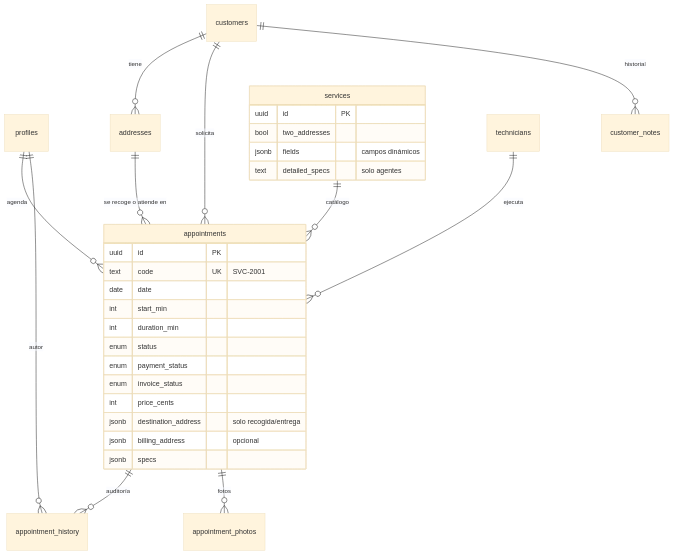
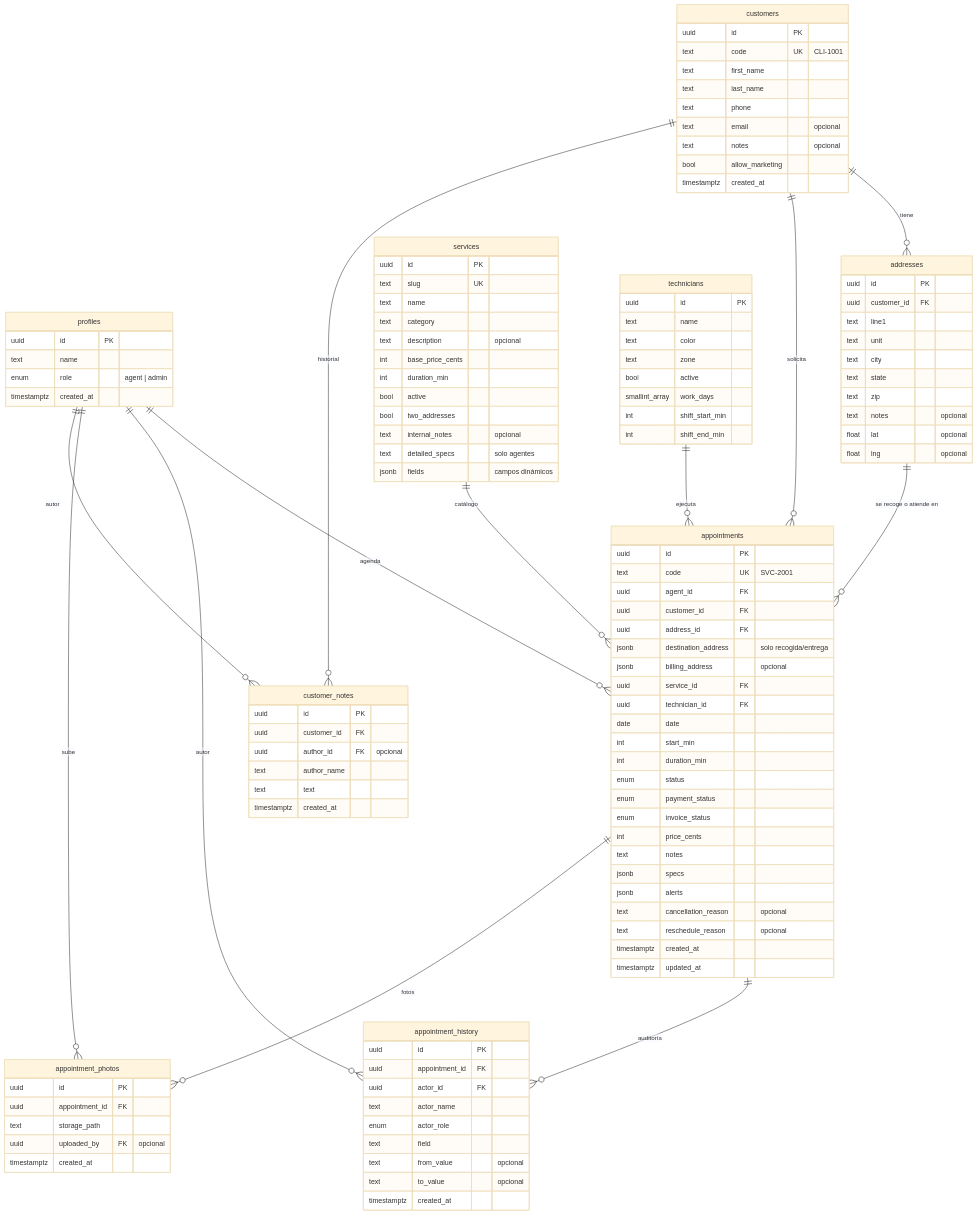
The third of 5 diagrams in docs/architecture.md (David77R/expert-cleaners), drawn with Mermaid (base theme) before and after one commit. The commit also changed other lines of this file, not shown here.

Commit message:
docs: complete ER diagram with all table attributes

````diff
--- a/docs/architecture.md
+++ b/docs/architecture.md
@@ -39,10 +39,80 @@
   appointments ||--o{ appointment_history : "auditoría"
   appointments ||--o{ appointment_photos : "fotos"
   profiles ||--o{ appointment_history : "autor"
+  profiles ||--o{ appointment_photos : "sube"
+  profiles ||--o{ customer_notes : "autor"
 
+  profiles {
+    uuid id PK
+    text name
+    enum role "agent | admin"
+    timestamptz created_at
+  }
+  customers {
+    uuid id PK
+    text code UK "CLI-1001"
+    text first_name
+    text last_name
+    text phone
+    text email "opcional"
+    text notes "opcional"
+    bool allow_marketing
+    timestamptz created_at
+  }
+  addresses {
+    uuid id PK
+    uuid customer_id FK
+    text line1
+    text unit
+    text city
+    text state
+    text zip
+    text notes "opcional"
+    float lat "opcional"
+    float lng "opcional"
+  }
+  customer_notes {
+    uuid id PK
+    uuid customer_id FK
+    uuid author_id FK "opcional"
+    text author_name
+    text text
+    timestamptz created_at
+  }
+  services {
+    uuid id PK
+    text slug UK
+    text name
+    text category
+    text description "opcional"
+    int base_price_cents
+    int duration_min
+    bool active
+    bool two_addresses
+    text internal_notes "opcional"
+    text detailed_specs "solo agentes"
+    jsonb fields "campos dinámicos"
+  }
+  technicians {
+    uuid id PK
+    text name
+    text color
+    text zone
+    bool active
+    smallint_array work_days
+    int shift_start_min
+    int shift_end_min
+  }
   appointments {
     uuid id PK
     text code UK "SVC-2001"
+    uuid agent_id FK
+    uuid customer_id FK
+    uuid address_id FK
+    jsonb destination_address "solo recogida/entrega"
+    jsonb billing_address "opcional"
+    uuid service_id FK
+    uuid technician_id FK
     date date
     int start_min
     int duration_min
@@ -50,14 +120,30 @@
     enum payment_status
     enum invoice_status
     int price_cents
-    jsonb destination_address "solo recogida/entrega"
-    jsonb billing_address "opcional"
+    text notes
     jsonb specs
+    jsonb alerts
+    text cancellation_reason "opcional"
+    text reschedule_reason "opcional"
+    timestamptz created_at
+    timestamptz updated_at
   }
-  services {
+  appointment_history {
     uuid id PK
-    bool two_addresses
-    jsonb fields "campos dinámicos"
-    text detailed_specs "solo agentes"
+    uuid appointment_id FK
+    uuid actor_id FK
+    text actor_name
+    enum actor_role
+    text field
+    text from_value "opcional"
+    text to_value "opcional"
+    timestamptz created_at
+  }
+  appointment_photos {
+    uuid id PK
+    uuid appointment_id FK
+    text storage_path
+    uuid uploaded_by FK "opcional"
+    timestamptz created_at
   }
 ```
````
